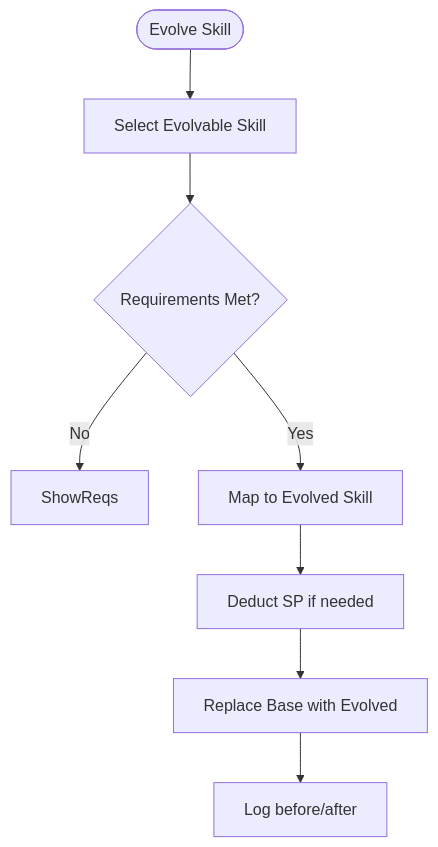
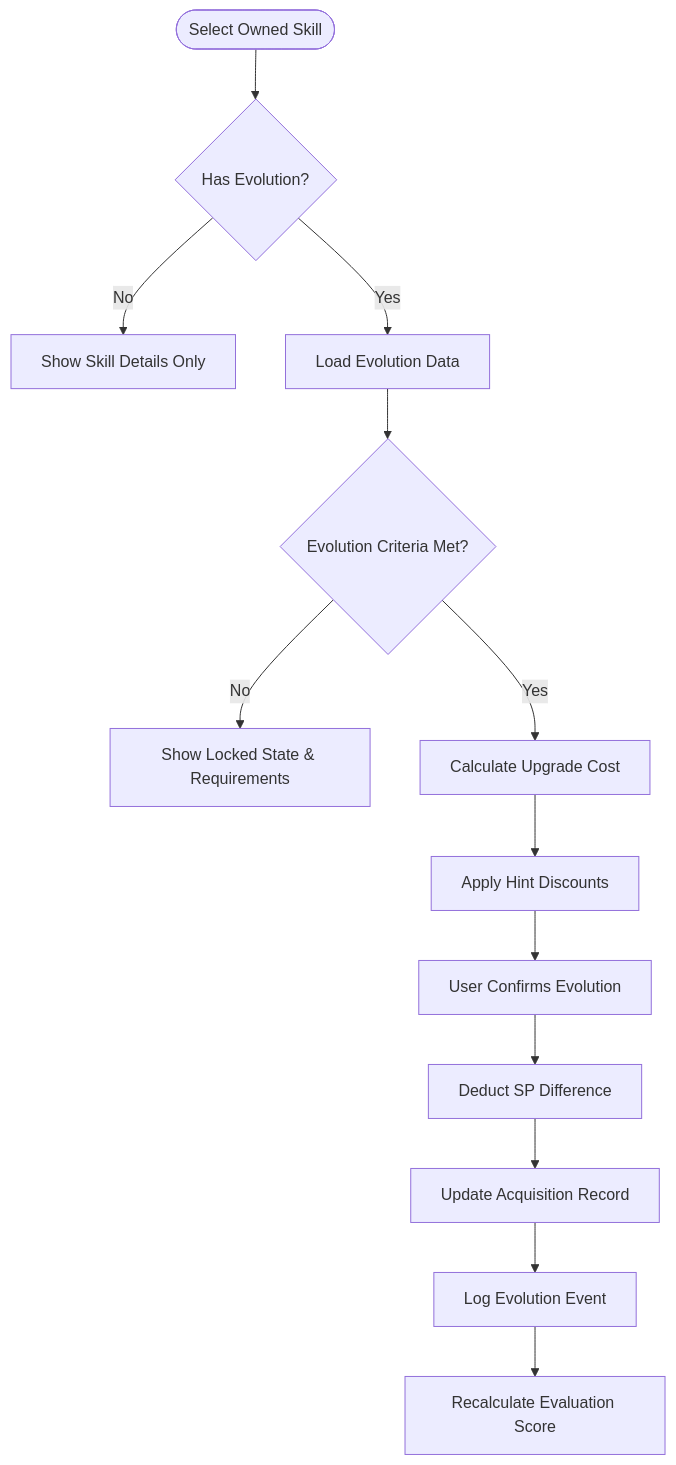
Before and after one commit to exatfrds67/umamusume-career-planner: the second of 7 diagrams in docs/01-flows/FLOW-004_Skill_Management_System.md, drawn with Mermaid. The commit also changed other lines of this file and 67 other files, not shown here.

````diff
--- a/docs/01-flows/FLOW-004_Skill_Management_System.md
+++ b/docs/01-flows/FLOW-004_Skill_Management_System.md
@@ -31,10 +56,21 @@
 ```mermaid
 flowchart TD
-    Start([Evolve Skill]) --> SelectBase[Select Evolvable Skill]
-    SelectBase --> CheckRequirements{Requirements Met?}
-    CheckRequirements -->|No| ShowReqs
-    CheckRequirements -->|Yes| MapEvolved[Map to Evolved Skill]
-    MapEvolved --> DeductSP[Deduct SP if needed]
-    DeductSP --> ReplaceSkill[Replace Base with Evolved]
-    ReplaceSkill --> SaveHistory[Log before/after]
+    Start([Select Owned Skill]) --> CheckEvolvable{Has Evolution?}
+    
+    CheckEvolvable -->|No| ShowInfo[Show Skill Details Only]
+    CheckEvolvable -->|Yes| LoadEvolution[Load Evolution Data]
+    
+    LoadEvolution --> CheckCriteria{Evolution Criteria Met?}
+    
+    CheckCriteria -->|No| ShowLock[Show Locked State & Requirements]
+    
+    CheckCriteria -->|Yes| CalcUpgradeCost[Calculate Upgrade Cost]
+    CalcUpgradeCost --> CheckDiscount[Apply Hint Discounts]
+    
+    CheckDiscount --> ConfirmUpgrade[User Confirms Evolution]
+    ConfirmUpgrade --> DeductDifference[Deduct SP Difference]
+    
+    DeductDifference --> UpdateRecord[Update Acquisition Record]
+    UpdateRecord --> LogEvolution[Log Evolution Event]
+    LogEvolution --> RefreshStats[Recalculate Evaluation Score]
 ```
````
